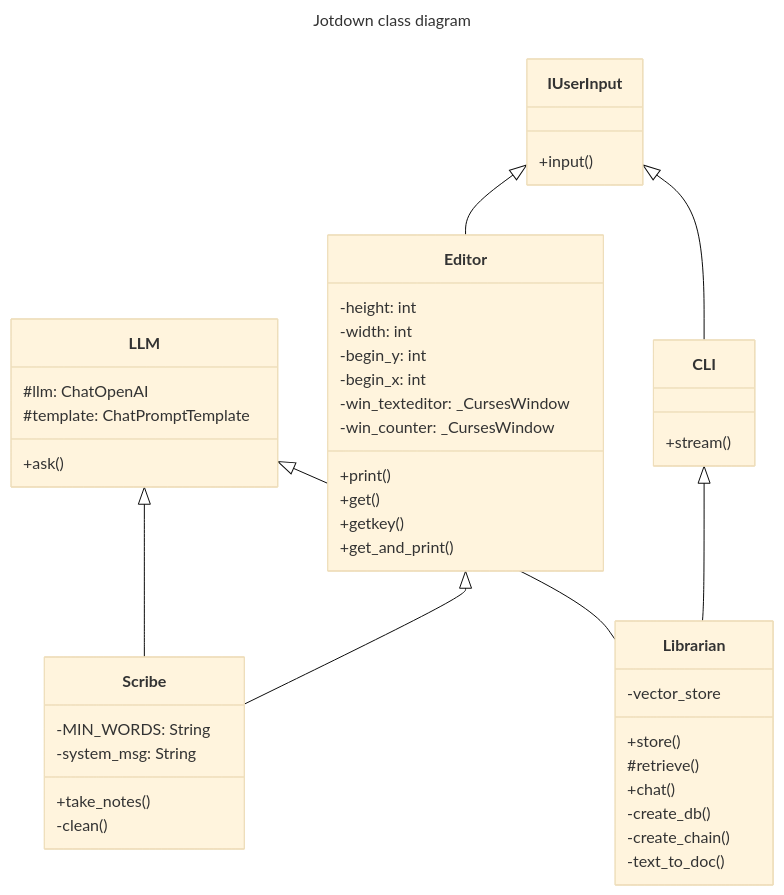
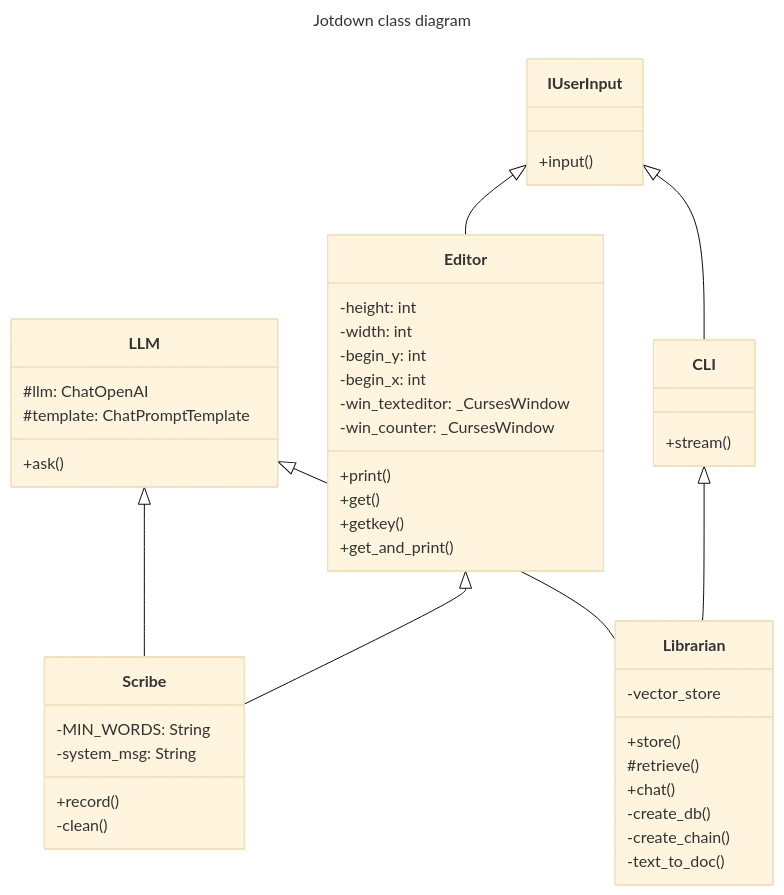
The diagram in README.md (rurangiza/jotdown), drawn with Mermaid (base theme) before and after one commit. The commit also changed other lines of this file and 11 other files, not shown here.

````diff
--- a/README.md
+++ b/README.md
@@ -34,53 +34,53 @@
 ```mermaid
 ---
 title: Jotdown class diagram 
 ---
 classDiagram
     LLM <|-- Scribe
     LLM <|-- Librarian
     
     class LLM {
         #llm: ChatOpenAI
         #template: ChatPromptTemplate
         +ask()
     }
     class Scribe {
         -MIN_WORDS: String
         -system_msg: String
-        +take_notes()
+        +record()
         -clean()
     }
     class Librarian {
         +store()
         #retrieve()
         +chat()
         -vector_store
         -create_db()
         -create_chain()
         -text_to_doc()
     }
     
     IUserInput <|-- Editor
     IUserInput <|-- CLI
     CLI <|-- Librarian
     Editor <|-- Scribe
 	  
     class IUserInput {
         +input()
     }
     class Editor {
         -height: int
         -width: int
         -begin_y: int
         -begin_x: int
         -win_texteditor: _CursesWindow
         -win_counter: _CursesWindow
         +print()
         +get()
         +getkey()
         +get_and_print()
     }
     class CLI {
         +stream()
     }
 ```
````
